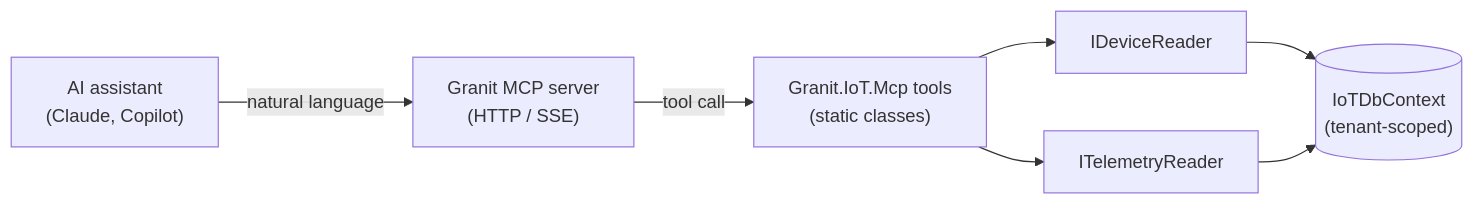
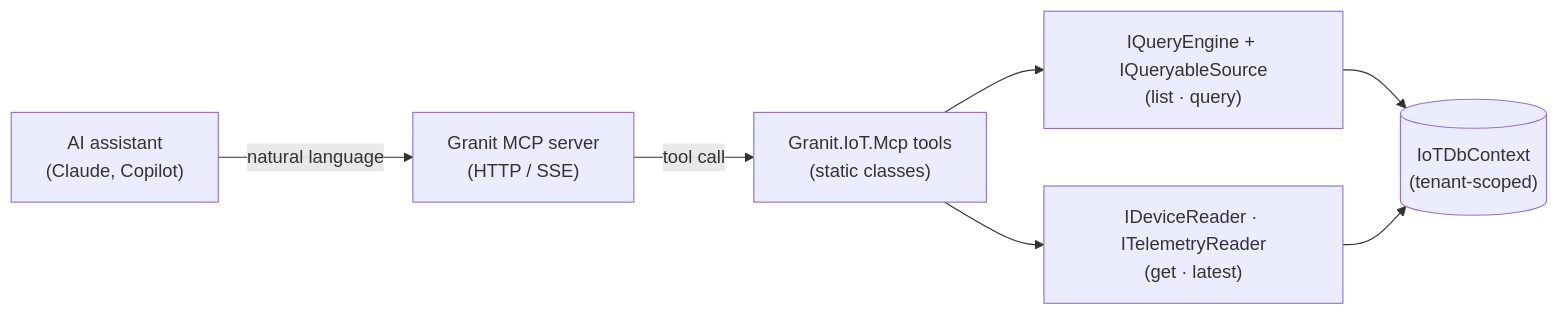
The first of 2 diagrams in src/content/docs/dotnet/iot/mcp-bridge.mdx (granit-fx/granit-docs), drawn with Mermaid before and after one commit. The commit also changed other lines of this file and 12 other files, not shown here.

````diff
--- a/src/content/docs/dotnet/iot/mcp-bridge.mdx
+++ b/src/content/docs/dotnet/iot/mcp-bridge.mdx
@@ -36,16 +36,16 @@
 ```mermaid
 flowchart LR
   AI["AI assistant<br/>(Claude, Copilot)"]
   MCP["Granit MCP server<br/>(HTTP / SSE)"]
   TOOLS["Granit.IoT.Mcp tools<br/>(static classes)"]
-  R1["IDeviceReader"]
-  R2["ITelemetryReader"]
+  QE["IQueryEngine + IQueryableSource<br/>(list · query)"]
+  RD["IDeviceReader · ITelemetryReader<br/>(get · latest)"]
   DB[("IoTDbContext<br/>(tenant-scoped)")]
 
   AI -->|natural language| MCP
   MCP -->|tool call| TOOLS
-  TOOLS --> R1
-  TOOLS --> R2
-  R1 --> DB
-  R2 --> DB
+  TOOLS --> QE
+  TOOLS --> RD
+  QE --> DB
+  RD --> DB
 ```
````
